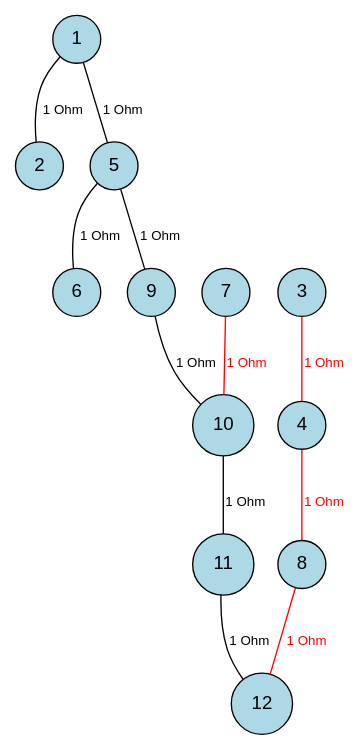
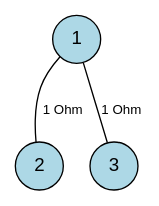
The diagram in BuildProject/dfs.dot (francescofoglia0/CircuitsProject), drawn with Graphviz before and after one commit. The commit also changed 48 other files, not shown here.

```diff
--- a/BuildProject/dfs.dot
+++ b/BuildProject/dfs.dot
@@ -1,17 +1,8 @@
 graph Circuito {
     // Stile dei nodi e degli archi
     node [shape=circle, style=filled, fillcolor=lightblue, fontname="Helvetica"];
     edge [fontname="Helvetica", fontsize=10];
 
     1 -- 2 [label="\n1 Ohm"];
-    1 -- 5 [label="\n1 Ohm"];
-    3 -- 4 [label="\n1 Ohm", color="red", fontcolor="red"];
-    4 -- 8 [label="\n1 Ohm", color="red", fontcolor="red"];
-    5 -- 6 [label="\n1 Ohm"];
-    5 -- 9 [label="\n1 Ohm"];
-    7 -- 10 [label="\n1 Ohm", color="red", fontcolor="red"];
-    8 -- 12 [label="\n1 Ohm", color="red", fontcolor="red"];
-    9 -- 10 [label="\n1 Ohm"];
-    10 -- 11 [label="\n1 Ohm"];
-    11 -- 12 [label="\n1 Ohm"];
+    1 -- 3 [label="\n1 Ohm"];
 }
```
